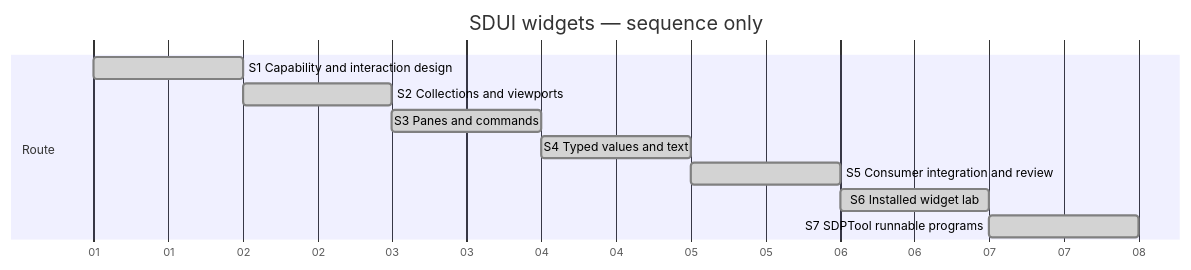
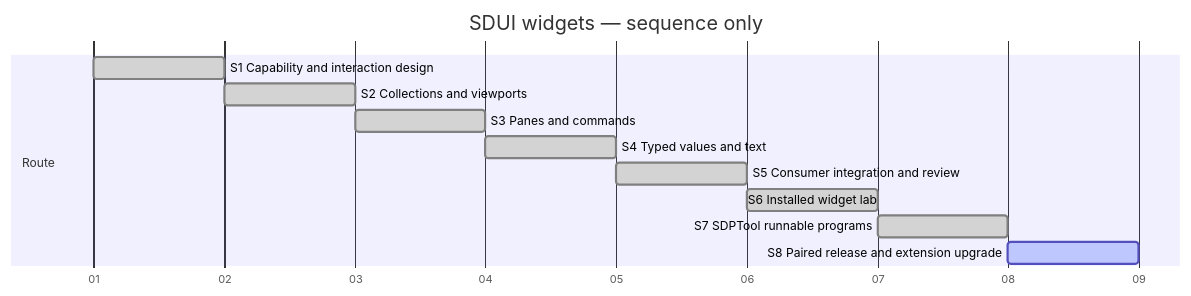
One commit to Hans-Einar/SDP changed the diagram in SDP/Sessions/session-#0010--SDUI_widgets.md. Above: the diagram before and after it, drawn with Mermaid. The commit also changed other lines of this file and 25 other files, not shown here.

````diff
--- a/SDP/Sessions/session-#0010--SDUI_widgets.md
+++ b/SDP/Sessions/session-#0010--SDUI_widgets.md
@@ -10,14 +10,15 @@
 ```mermaid
 gantt
     title SDUI widgets — sequence only
     dateFormat YYYY-MM-DD
     axisFormat %d
     section Route
     S1 Capability and interaction design :done, s1, 2000-01-01, 1d
     S2 Collections and viewports :done, s2, after s1, 1d
     S3 Panes and commands :done, s3, after s2, 1d
     S4 Typed values and text :done, s4, after s3, 1d
     S5 Consumer integration and review :done, s5, after s4, 1d
     S6 Installed widget lab :done, s6, after s5, 1d
     S7 SDPTool runnable programs :done, s7, after s6, 1d
+    S8 Paired release and extension upgrade :active, s8, after s7, 1d
 ```
````
